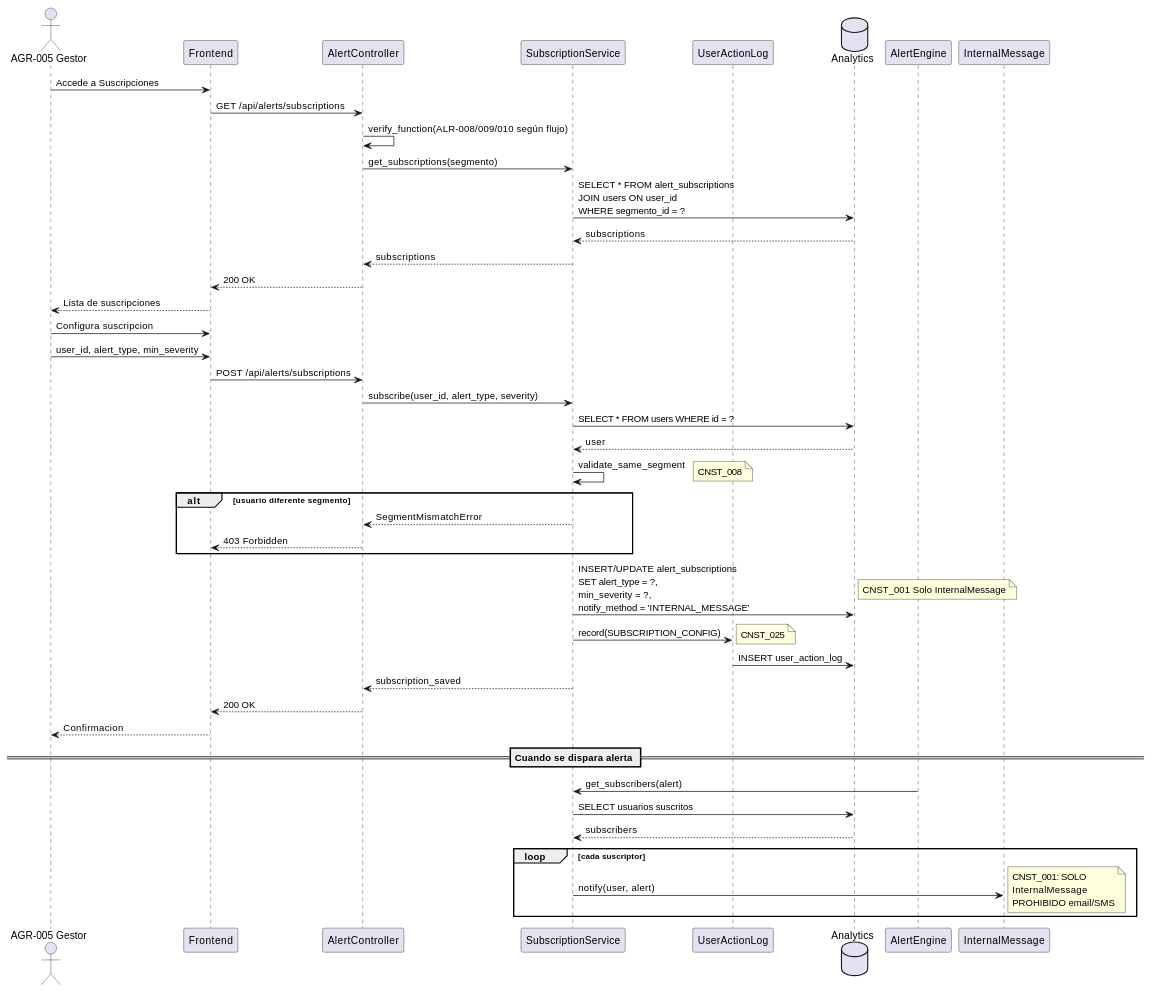
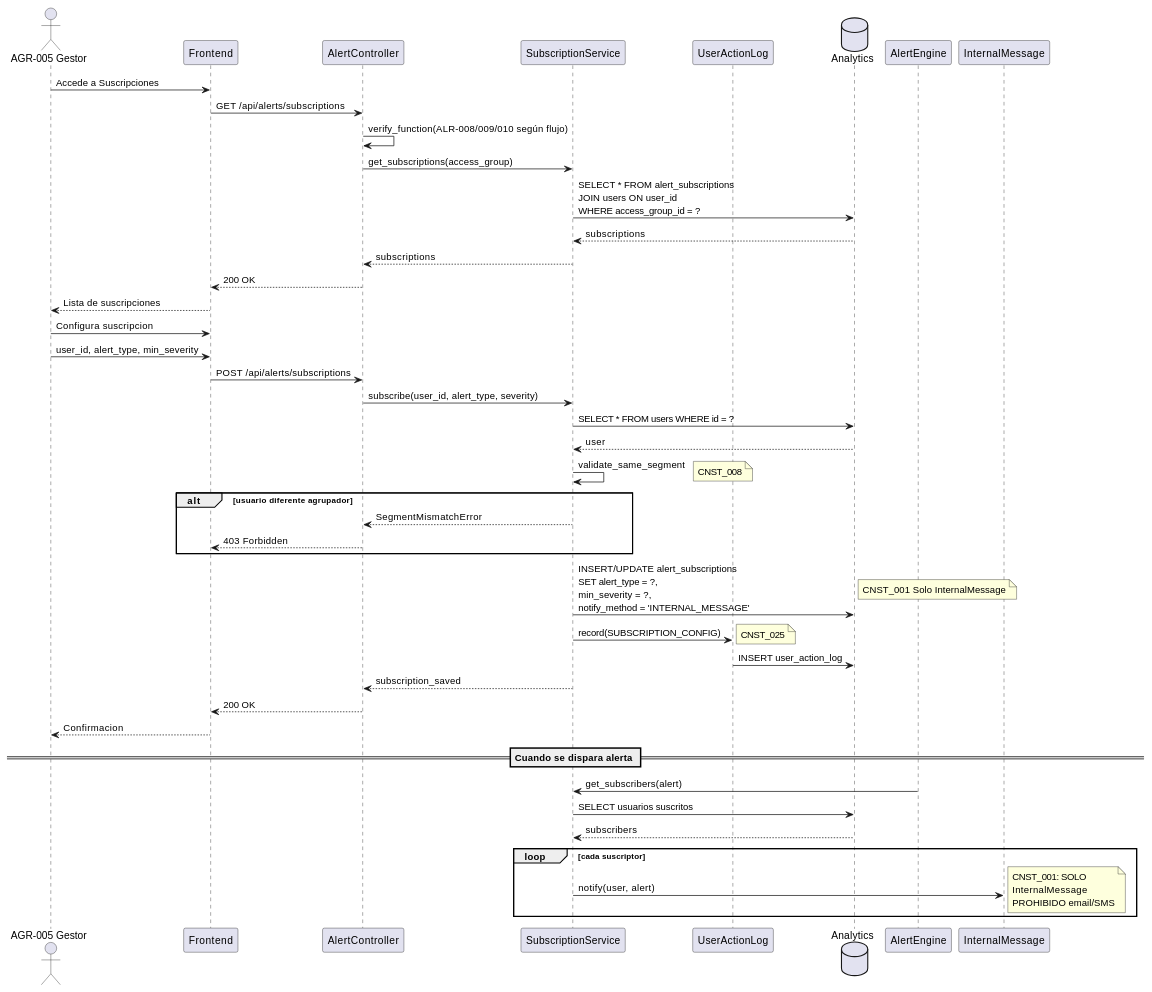
One commit to jcg-admin/IACT-docs changed the second of 3 diagrams in source/requisitos/casos-uso/alerts/uc-alr-05-gestionar-suscripciones.rst. Above: the diagram before and after it, drawn with PlantUML. The commit also changed other lines of this file and 4 other files, not shown here.

```diff
--- a/source/requisitos/casos-uso/alerts/uc-alr-05-gestionar-suscripciones.rst
+++ b/source/requisitos/casos-uso/alerts/uc-alr-05-gestionar-suscripciones.rst
@@ -178,66 +178,66 @@
 .. uml::
  :caption: Diagrama de Secuencia - UC_ALR_05
 
  @startuml
  actor "AGR-005 Gestor" as G
  participant "Frontend" as FE
  participant "AlertController" as AC
  participant "SubscriptionService" as SS
  participant "UserActionLog" as UAL
  database "Analytics" as DB
 
  G -> FE: Accede a Suscripciones
  FE -> AC: GET /api/alerts/subscriptions
  AC -> AC: verify_function(ALR-008/009/010 según flujo)
- AC -> SS: get_subscriptions(segmento)
- SS -> DB: SELECT * FROM alert_subscriptions\nJOIN users ON user_id\nWHERE segmento_id = ?
+ AC -> SS: get_subscriptions(access_group)
+ SS -> DB: SELECT * FROM alert_subscriptions\nJOIN users ON user_id\nWHERE access_group_id = ?
  DB --> SS: subscriptions
  SS --> AC: subscriptions
  AC --> FE: 200 OK
  FE --> G: Lista de suscripciones
 
  G -> FE: Configura suscripcion
  G -> FE: user_id, alert_type, min_severity
  FE -> AC: POST /api/alerts/subscriptions
  AC -> SS: subscribe(user_id, alert_type, severity)
 
  SS -> DB: SELECT * FROM users WHERE id = ?
  DB --> SS: user
 
  SS -> SS: validate_same_segment
  note right: CNST_008
 
- alt usuario diferente segmento
+ alt usuario diferente agrupador
  SS --> AC: SegmentMismatchError
  AC --> FE: 403 Forbidden
  end
 
  SS -> DB: INSERT/UPDATE alert_subscriptions\nSET alert_type = ?,\nmin_severity = ?,\nnotify_method = 'INTERNAL_MESSAGE'
  note right: CNST_001 Solo InternalMessage
 
  SS -> UAL: record(SUBSCRIPTION_CONFIG)
  note right: CNST_025
  UAL -> DB: INSERT user_action_log
 
  SS --> AC: subscription_saved
  AC --> FE: 200 OK
  FE --> G: Confirmacion
 
  == Cuando se dispara alerta ==
 
  participant "AlertEngine" as AE
  participant "InternalMessage" as IM
 
  AE -> SS: get_subscribers(alert)
  SS -> DB: SELECT usuarios suscritos
  DB --> SS: subscribers
 
  loop cada suscriptor
  SS -> IM: notify(user, alert)
  note right
  CNST_001: SOLO
  InternalMessage
  PROHIBIDO email/SMS
  end note
  end
  @enduml
```
